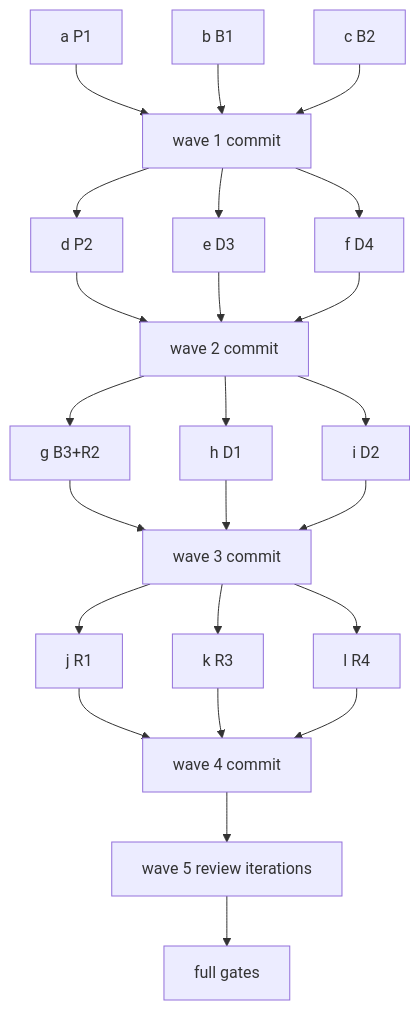
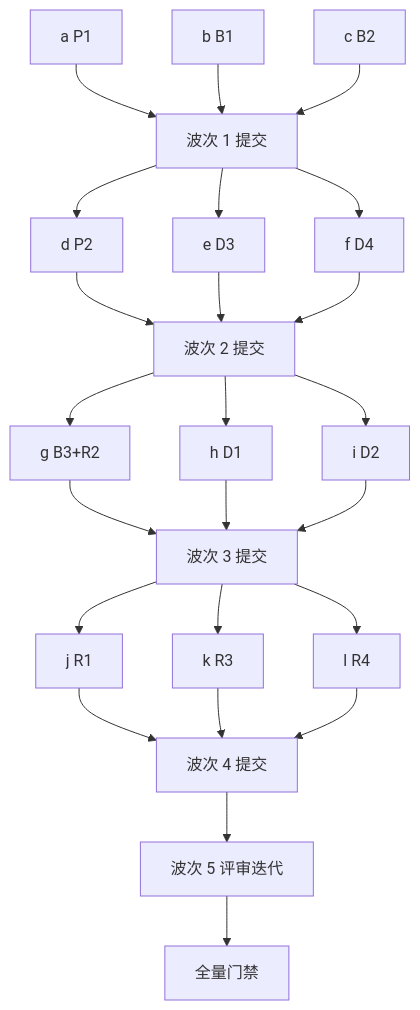
One commit to BigThxBrigde/yate changed the diagram in .trae/documents/full-repo-sweep-plans/overview.md. Above: the diagram before and after it, drawn with Mermaid. The commit also changed other lines of this file and 79 other files, not shown here.

````diff
--- a/.trae/documents/full-repo-sweep-plans/overview.md
+++ b/.trae/documents/full-repo-sweep-plans/overview.md
@@ -37,26 +37,26 @@
 ```mermaid
 flowchart TD
-    A["a P1"] --> G1["wave 1 commit"]
+    A["a P1"] --> G1["波次 1 提交"]
     B["b B1"] --> G1
     C["c B2"] --> G1
     G1 --> D["d P2"]
     G1 --> E["e D3"]
     G1 --> F["f D4"]
-    D --> G2["wave 2 commit"]
+    D --> G2["波次 2 提交"]
     E --> G2
     F --> G2
     G2 --> H["g B3+R2"]
     G2 --> I["h D1"]
     G2 --> J["i D2"]
-    H --> G3["wave 3 commit"]
+    H --> G3["波次 3 提交"]
     I --> G3
     J --> G3
     G3 --> K["j R1"]
     G3 --> L["k R3"]
     G3 --> M["l R4"]
-    K --> G4["wave 4 commit"]
+    K --> G4["波次 4 提交"]
     L --> G4
     M --> G4
-    G4 --> R["wave 5 review iterations"]
-    R --> FINAL["full gates"]
+    G4 --> R["波次 5 评审迭代"]
+    R --> FINAL["全量门禁"]
 ```
````
